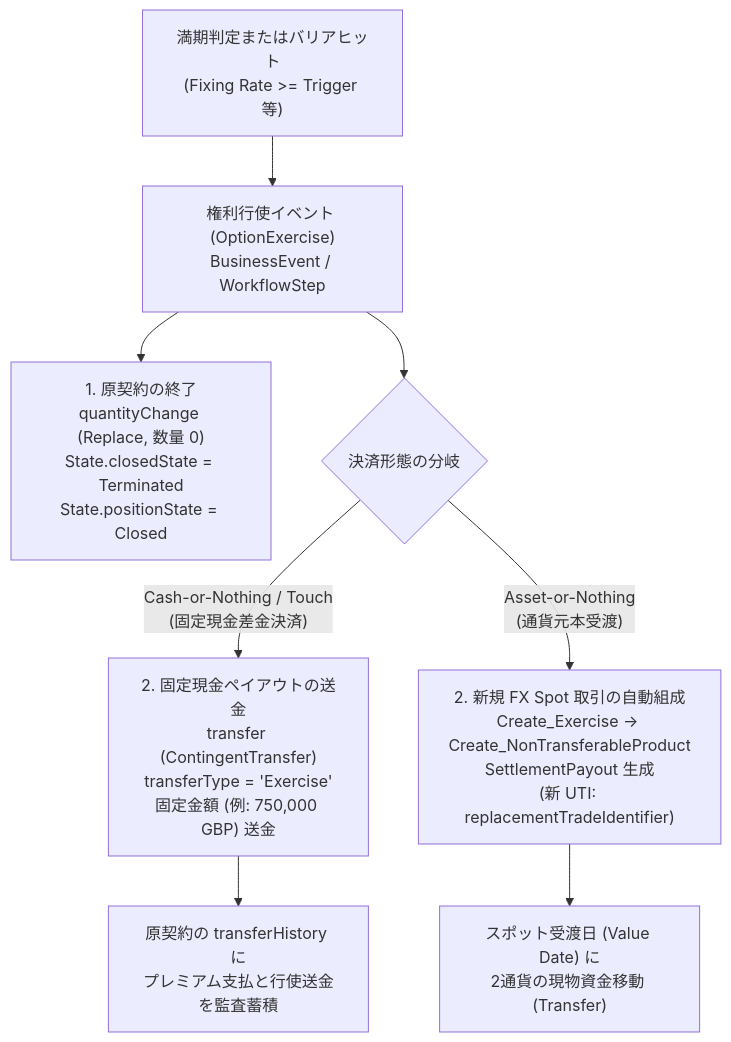
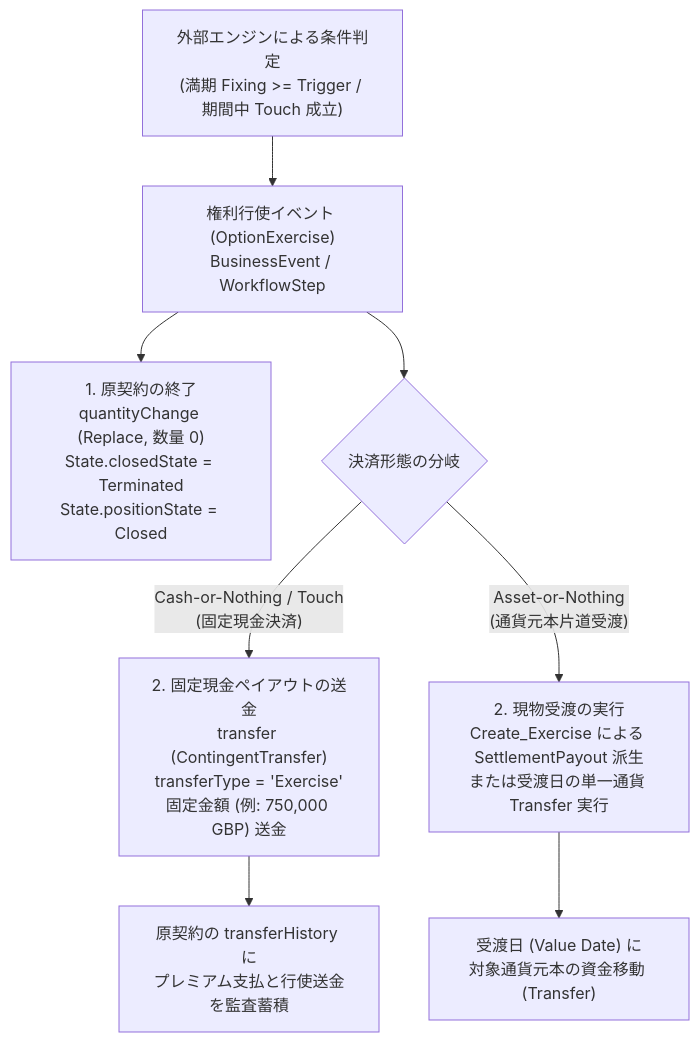
Diagram 15 of 16 in cdm_wiki/concepts/fx_products_and_synthetic_forward.md (matsuuramasakazu/my_cdm_wiki), drawn with Mermaid before and after one commit. The commit also changed other lines of this file and 4 other files, not shown here.

````diff
--- a/cdm_wiki/concepts/fx_products_and_synthetic_forward.md
+++ b/cdm_wiki/concepts/fx_products_and_synthetic_forward.md
@@ -981,15 +1145,15 @@
 ```mermaid
 flowchart TD
-    Cond["満期判定またはバリアヒット<br>(Fixing Rate >= Trigger 等)"] --> Exercise["権利行使イベント (OptionExercise)<br>BusinessEvent / WorkflowStep"]
+    Cond["外部エンジンによる条件判定<br>(満期 Fixing >= Trigger / 期間中 Touch 成立)"] --> Exercise["権利行使イベント (OptionExercise)<br>BusinessEvent / WorkflowStep"]
     
     Exercise --> CloseOrig["1. 原契約の終了<br>quantityChange (Replace, 数量 0)<br>State.closedState = Terminated<br>State.positionState = Closed"]
     
     Exercise --> Branch{"決済形態の分岐"}
     
-    Branch -->|"Cash-or-Nothing / Touch<br>(固定現金差金決済)"| CashPath["2. 固定現金ペイアウトの送金<br>transfer (ContingentTransfer)<br>transferType = 'Exercise'<br>固定金額 (例: 750,000 GBP) 送金"]
+    Branch -->|"Cash-or-Nothing / Touch<br>(固定現金決済)"| CashPath["2. 固定現金ペイアウトの送金<br>transfer (ContingentTransfer)<br>transferType = 'Exercise'<br>固定金額 (例: 750,000 GBP) 送金"]
     
-    Branch -->|"Asset-or-Nothing<br>(通貨元本受渡)"| PhysPath["2. 新規 FX Spot 取引の自動組成<br>Create_Exercise -> Create_NonTransferableProduct<br>SettlementPayout 生成<br>(新 UTI: replacementTradeIdentifier)"]
+    Branch -->|"Asset-or-Nothing<br>(通貨元本片道受渡)"| PhysPath["2. 現物受渡の実行<br>Create_Exercise による SettlementPayout 派生<br>または受渡日の単一通貨 Transfer 実行"]
     
     CashPath --> HistCash["原契約の transferHistory に<br>プレミアム支払と行使送金を監査蓄積"]
-    PhysPath --> SettleSpot["スポット受渡日 (Value Date) に<br>2通貨の現物資金移動 (Transfer)"]
+    PhysPath --> SettleSpot["受渡日 (Value Date) に<br>対象通貨元本の資金移動 (Transfer)"]
 ```
````
